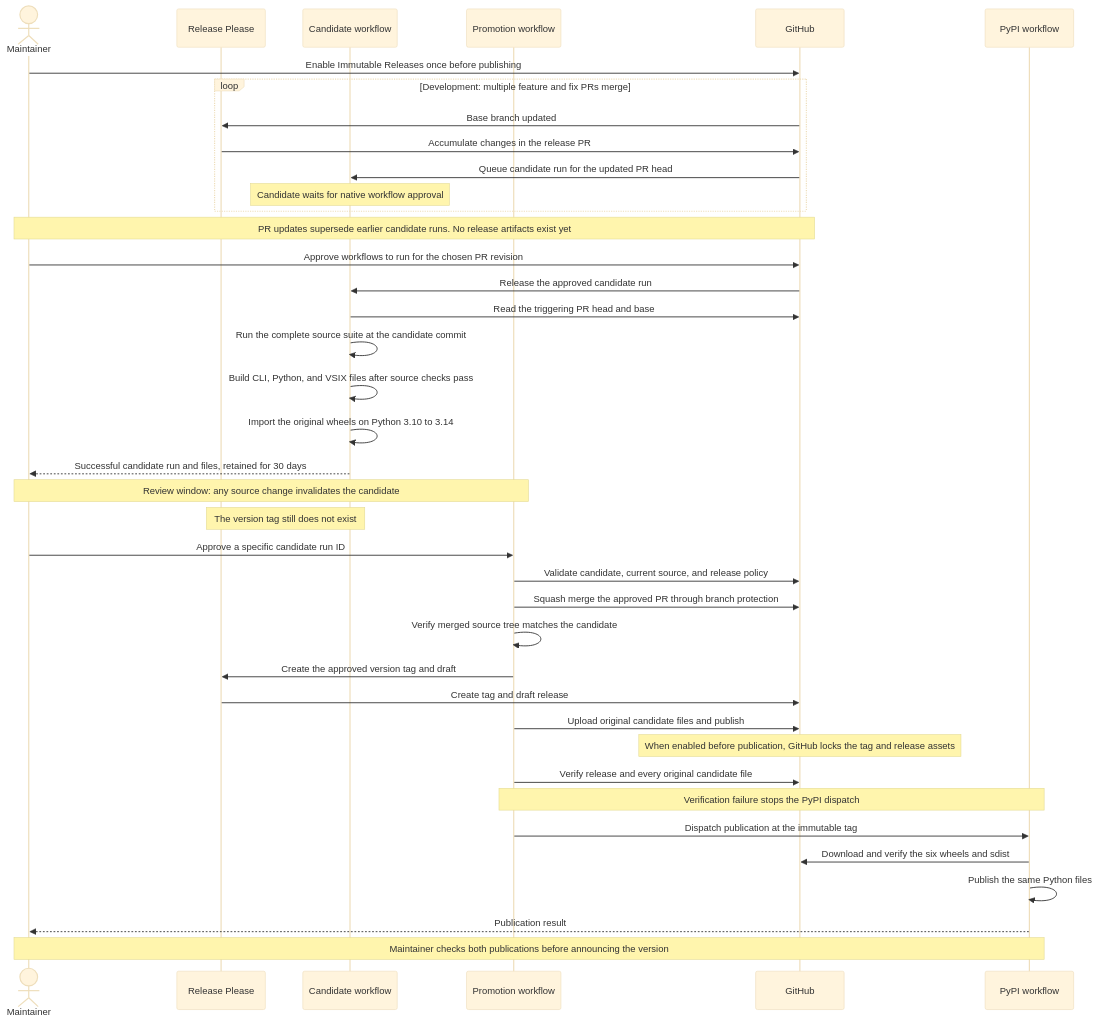
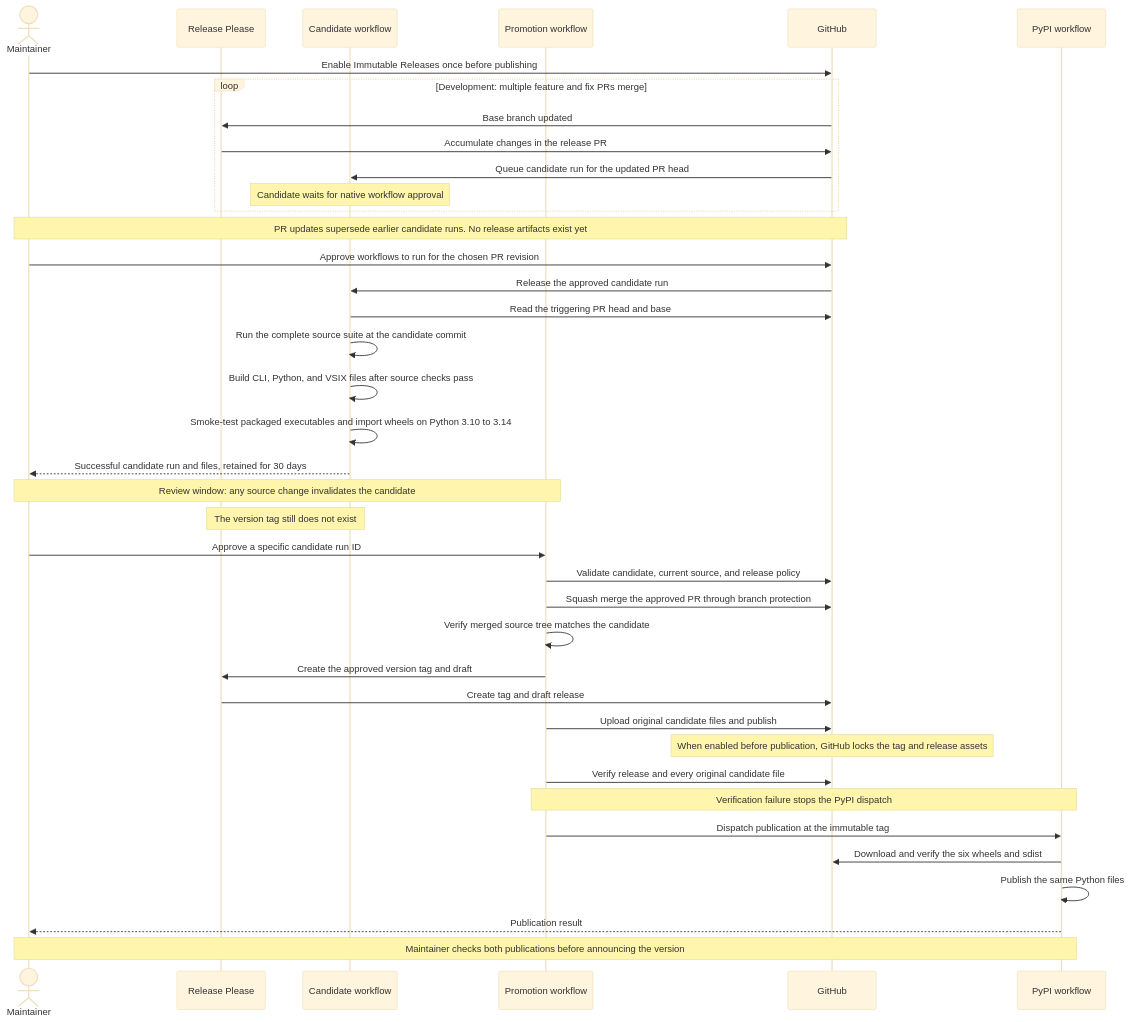
One commit to NatLabRockies/arco changed the first of 2 diagrams in RELEASE_POLICY.md. Above: the diagram before and after it, drawn with Mermaid (base theme). The commit also changed other lines of this file and 3 other files, not shown here.

````diff
--- a/RELEASE_POLICY.md
+++ b/RELEASE_POLICY.md
@@ -40,45 +40,45 @@
 ```mermaid
 sequenceDiagram
     actor M as Maintainer
     participant RP as Release Please
     participant B as Candidate workflow
     participant P as Promotion workflow
     participant GH as GitHub
     participant PY as PyPI workflow
 
     M->>GH: Enable Immutable Releases once before publishing
     loop Development: multiple feature and fix PRs merge
         GH->>RP: Base branch updated
         RP->>GH: Accumulate changes in the release PR
         GH->>B: Queue candidate run for the updated PR head
         Note over B: Candidate waits for native workflow approval
     end
     Note over M,GH: PR updates supersede earlier candidate runs. No release artifacts exist yet
 
     M->>GH: Approve workflows to run for the chosen PR revision
     GH->>B: Release the approved candidate run
     B->>GH: Read the triggering PR head and base
     B->>B: Run the complete source suite at the candidate commit
     B->>B: Build CLI, Python, and VSIX files after source checks pass
-    B->>B: Import the original wheels on Python 3.10 to 3.14
+    B->>B: Smoke-test packaged executables and import wheels on Python 3.10 to 3.14
     B-->>M: Successful candidate run and files, retained for 30 days
     Note over M,P: Review window: any source change invalidates the candidate
     Note over RP,B: The version tag still does not exist
 
     M->>P: Approve a specific candidate run ID
     P->>GH: Validate candidate, current source, and release policy
     P->>GH: Squash merge the approved PR through branch protection
     P->>P: Verify merged source tree matches the candidate
     P->>RP: Create the approved version tag and draft
     RP->>GH: Create tag and draft release
     P->>GH: Upload original candidate files and publish
     Note over GH: When enabled before publication, GitHub locks the tag and release assets
     P->>GH: Verify release and every original candidate file
     Note over P,PY: Verification failure stops the PyPI dispatch
 
     P->>PY: Dispatch publication at the immutable tag
     PY->>GH: Download and verify the six wheels and sdist
     PY->>PY: Publish the same Python files
     PY-->>M: Publication result
     Note over M,PY: Maintainer checks both publications before announcing the version
 ```
````
